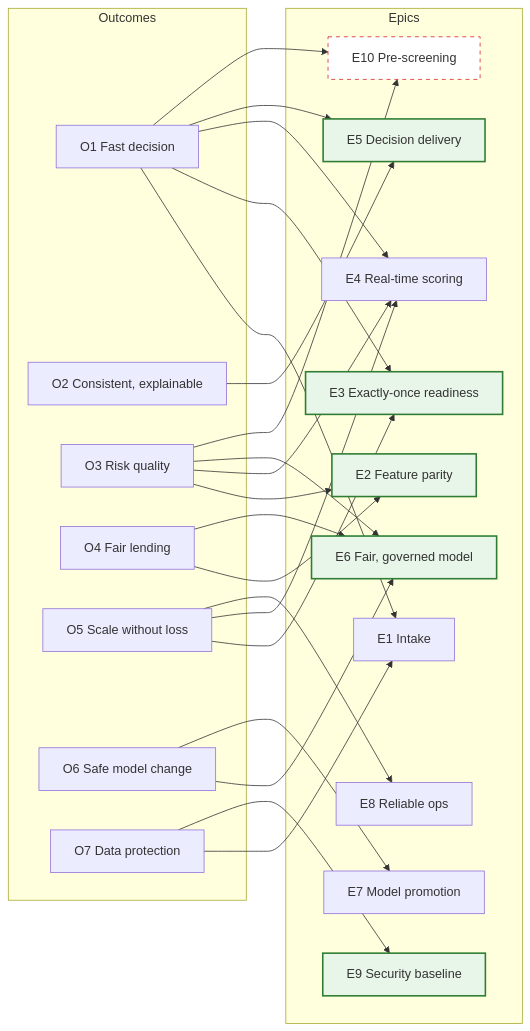
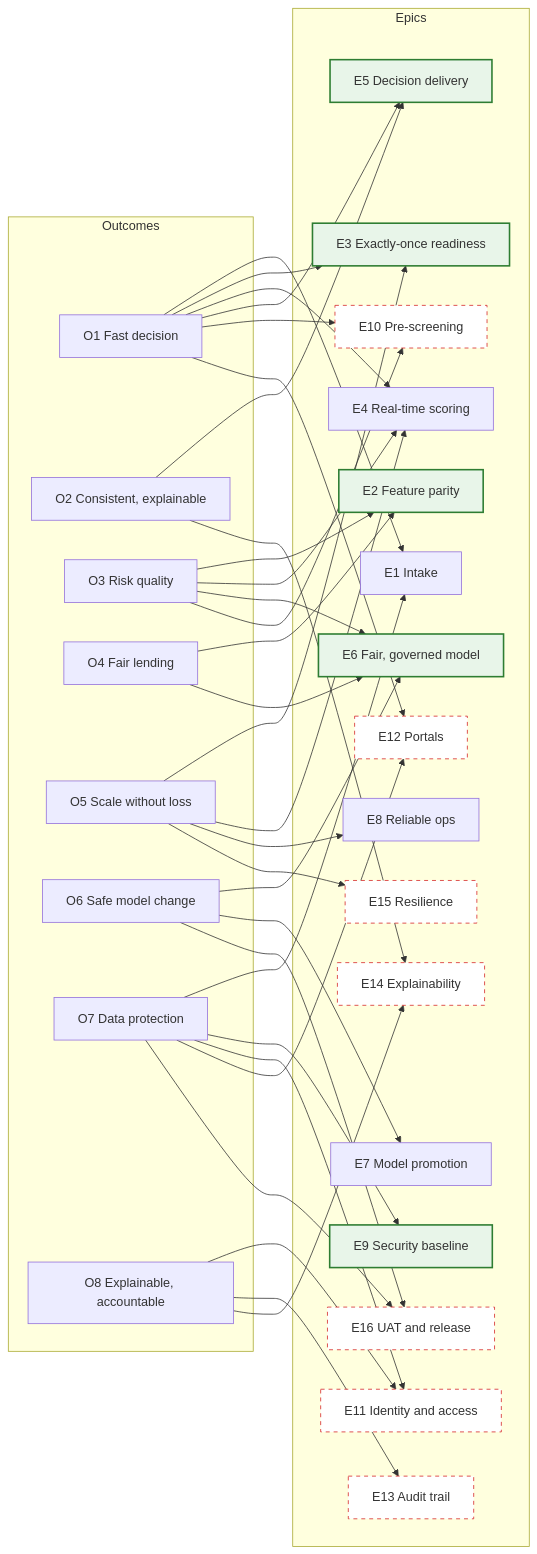
One commit to ngnquanq/credit-risk-ml-system changed the first of 2 diagrams in docs/02-product/epics.md. Above: the diagram before and after it, drawn with Mermaid. The commit also changed other lines of this file and 55 other files, not shown here.

First line of the commit message:
docs: plan release readiness (identity, portals, audit, XAI, failover, UAT)

````diff
--- a/docs/02-product/epics.md
+++ b/docs/02-product/epics.md
@@ -24,35 +30,43 @@
 ```mermaid
 flowchart LR
     subgraph Outcomes
         O1[O1 Fast decision]
         O2[O2 Consistent, explainable]
         O3[O3 Risk quality]
         O4[O4 Fair lending]
         O5[O5 Scale without loss]
         O6[O6 Safe model change]
         O7[O7 Data protection]
+        O8[O8 Explainable, accountable]
     end
     subgraph Epics
         E1[E1 Intake]
         E2[E2 Feature parity]
         E3[E3 Exactly-once readiness]
         E4[E4 Real-time scoring]
         E5[E5 Decision delivery]
         E6[E6 Fair, governed model]
         E7[E7 Model promotion]
         E8[E8 Reliable ops]
         E9[E9 Security baseline]
         E10[E10 Pre-screening]
+        E11[E11 Identity and access]
+        E12[E12 Portals]
+        E13[E13 Audit trail]
+        E14[E14 Explainability]
+        E15[E15 Resilience]
+        E16[E16 UAT and release]
     end
-    O1 --> E1 & E3 & E4 & E5 & E10
-    O2 --> E5
+    O1 --> E1 & E3 & E4 & E5 & E10 & E12
+    O2 --> E5 & E14
     O3 --> E2 & E4 & E6 & E10
     O4 --> E2 & E6
-    O5 --> E3 & E4 & E8
-    O6 --> E6 & E7
-    O7 --> E1 & E9
+    O5 --> E3 & E4 & E8 & E15
+    O6 --> E6 & E7 & E16
+    O7 --> E1 & E9 & E11 & E12 & E16
+    O8 --> E11 & E13 & E14
     classDef next fill:#e8f5e9,stroke:#2e7d32,stroke-width:2px;
     classDef notbuilt fill:#fff,stroke:#d62728,stroke-dasharray: 5 5;
     class E2,E3,E5,E6,E9 next
-    class E10 notbuilt
+    class E10,E11,E12,E13,E14,E15,E16 notbuilt
 ```
````
